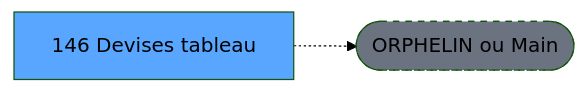
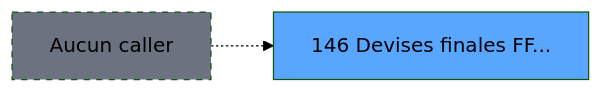
One commit to thonyAGP/magic-migration changed the second of 3 diagrams in .openspec/specs/ADH-IDE-146.md. Above: the diagram before and after it, drawn with Mermaid (forest theme). The commit also changed other lines of this file and 311 other files, not shown here.

````diff
--- a/.openspec/specs/ADH-IDE-146.md
+++ b/.openspec/specs/ADH-IDE-146.md
@@ -123,8 +151,8 @@
 ```mermaid
 graph LR
-    T[146 Devises tableau]
-    ORPHAN([ORPHELIN ou Main])
-    T -.-> ORPHAN
-    style T fill:#58a6ff,color:#000
-    style ORPHAN fill:#6b7280,stroke-dasharray: 5 5
+    T146[146 Devises finales FF...]
+    style T146 fill:#58a6ff
+    NONE[Aucun caller]
+    NONE -.-> T146
+    style NONE fill:#6b7280,stroke-dasharray: 5 5
 ```
````
